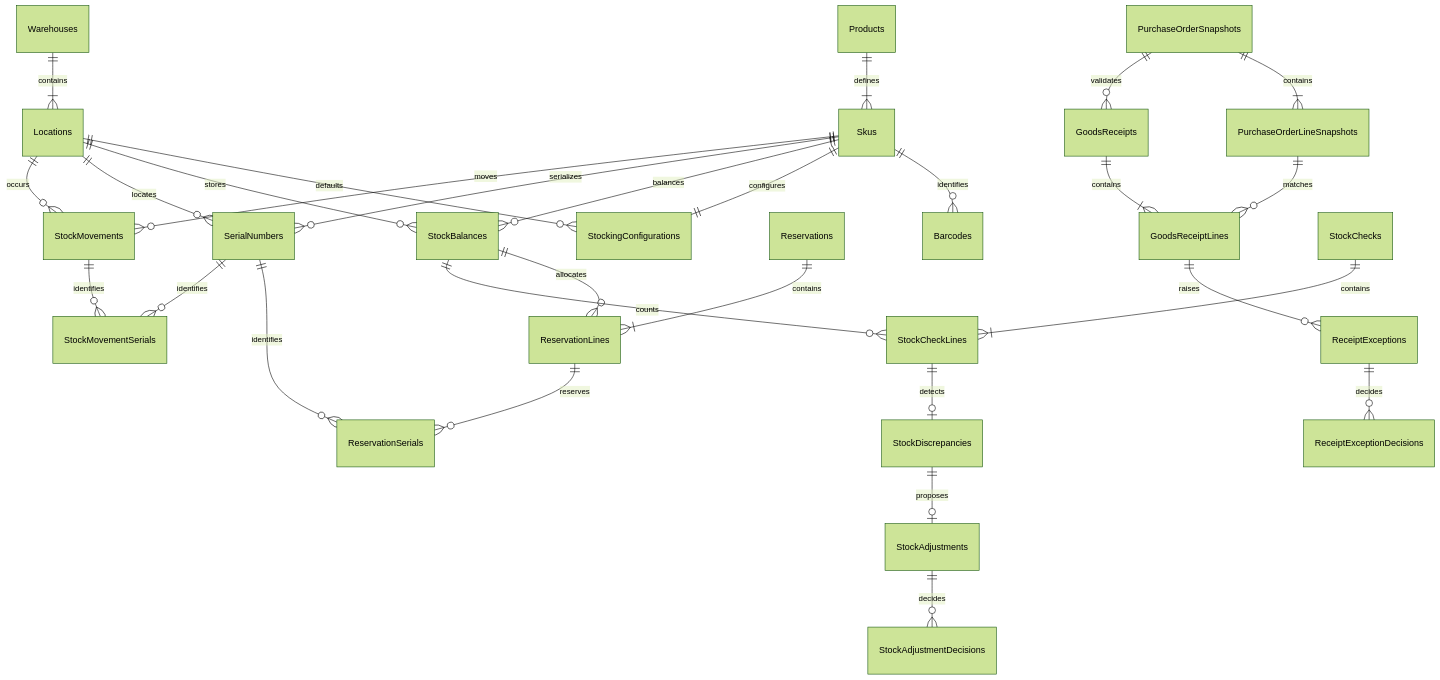
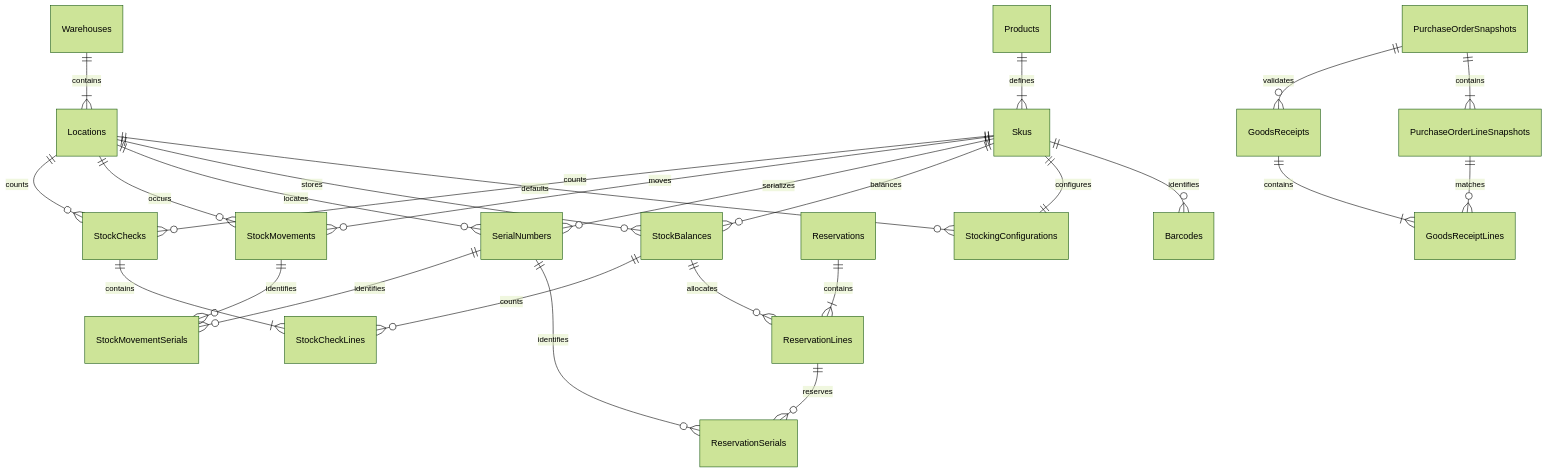
One commit to ben-cottrell/acme-erp changed the diagram in docs/domain/inventory-management/database-design.md. Above: the diagram before and after it, drawn with Mermaid (forest theme). The commit also changed other lines of this file and 78 other files, not shown here.

````diff
--- a/docs/domain/inventory-management/database-design.md
+++ b/docs/domain/inventory-management/database-design.md
@@ -22,31 +22,28 @@
 ```mermaid
 erDiagram
     Products ||--|{ Skus : defines
     Skus ||--o{ Barcodes : identifies
     Warehouses ||--|{ Locations : contains
     Skus ||--|| StockingConfigurations : configures
     Locations ||--o{ StockingConfigurations : defaults
     Skus ||--o{ StockBalances : balances
     Locations ||--o{ StockBalances : stores
     Skus ||--o{ SerialNumbers : serializes
     Locations ||--o{ SerialNumbers : locates
     PurchaseOrderSnapshots ||--|{ PurchaseOrderLineSnapshots : contains
     Reservations ||--|{ ReservationLines : contains
     StockBalances ||--o{ ReservationLines : allocates
     ReservationLines ||--o{ ReservationSerials : reserves
     SerialNumbers ||--o{ ReservationSerials : identifies
     Skus ||--o{ StockMovements : moves
     Locations ||--o{ StockMovements : occurs
     StockMovements ||--o{ StockMovementSerials : identifies
     SerialNumbers ||--o{ StockMovementSerials : identifies
     GoodsReceipts ||--|{ GoodsReceiptLines : contains
     PurchaseOrderSnapshots ||--o{ GoodsReceipts : validates
     PurchaseOrderLineSnapshots ||--o{ GoodsReceiptLines : matches
-    GoodsReceiptLines ||--o{ ReceiptExceptions : raises
-    ReceiptExceptions ||--o{ ReceiptExceptionDecisions : decides
+    Skus ||--o{ StockChecks : counts
+    Locations ||--o{ StockChecks : counts
     StockChecks ||--|{ StockCheckLines : contains
     StockBalances ||--o{ StockCheckLines : counts
-    StockCheckLines ||--o| StockDiscrepancies : detects
-    StockDiscrepancies ||--o| StockAdjustments : proposes
-    StockAdjustments ||--o{ StockAdjustmentDecisions : decides
 ```
````
